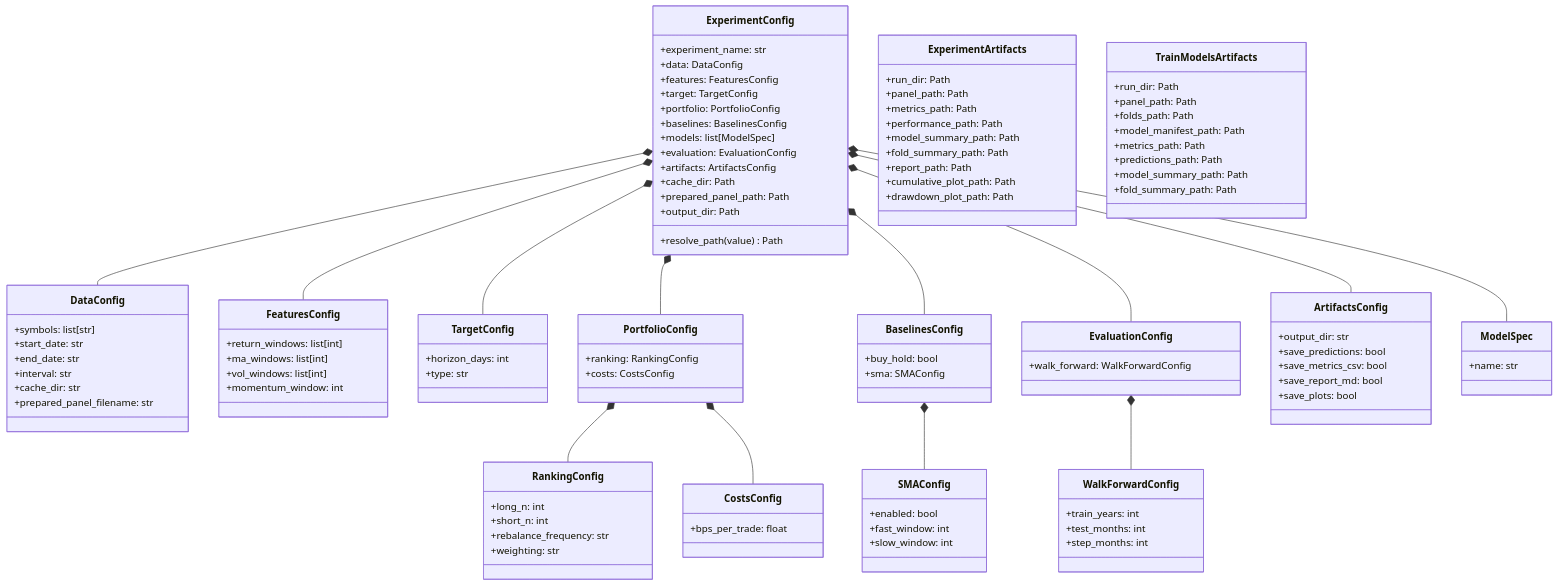
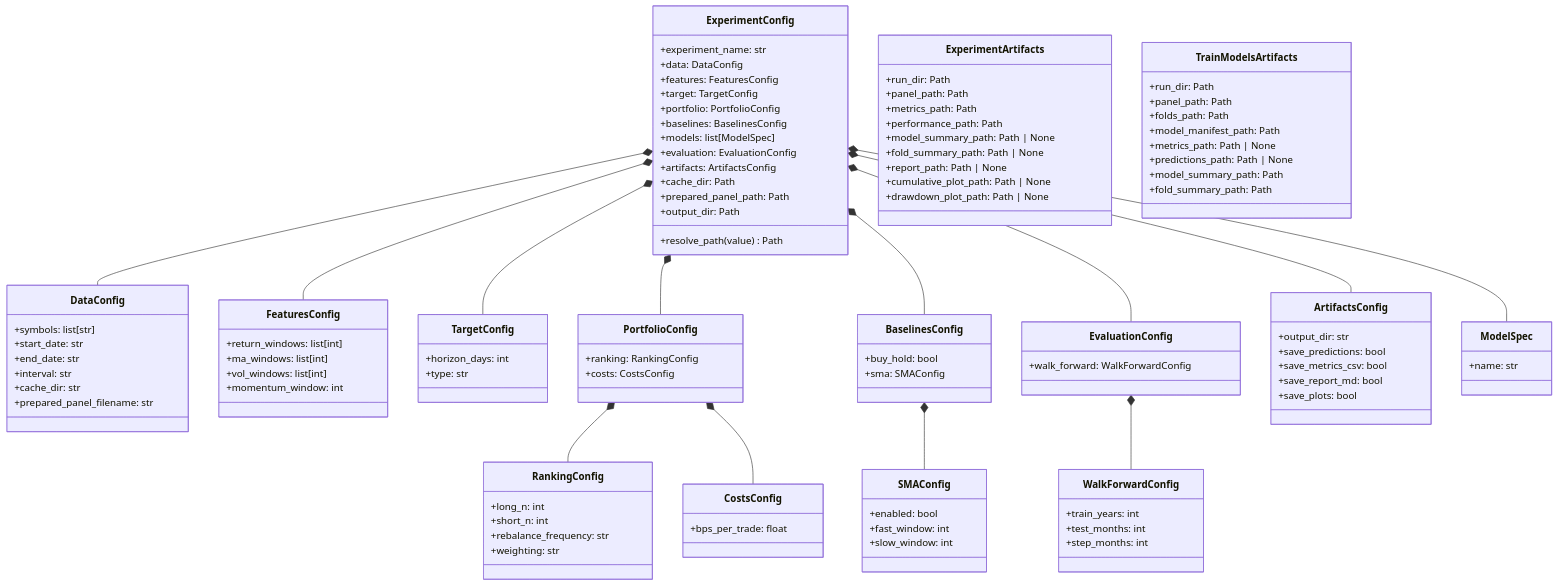
Before and after one commit to ricardogr07/market-lab: the fifth of 5 diagrams in ARCHITECTURE.md, drawn with Mermaid. The commit also changed other lines of this file, not shown here.

Commit message:
docs: sync architecture with phase 2 validation flow

```diff
--- a/ARCHITECTURE.md
+++ b/ARCHITECTURE.md
@@ -271,11 +289,11 @@
       +panel_path: Path
       +metrics_path: Path
       +performance_path: Path
-      +model_summary_path: Path
-      +fold_summary_path: Path
-      +report_path: Path
-      +cumulative_plot_path: Path
-      +drawdown_plot_path: Path
+      +model_summary_path: Path | None
+      +fold_summary_path: Path | None
+      +report_path: Path | None
+      +cumulative_plot_path: Path | None
+      +drawdown_plot_path: Path | None
     }
 
     class TrainModelsArtifacts {
@@ -283,8 +301,8 @@
       +panel_path: Path
       +folds_path: Path
       +model_manifest_path: Path
-      +metrics_path: Path
-      +predictions_path: Path
+      +metrics_path: Path | None
+      +predictions_path: Path | None
       +model_summary_path: Path
       +fold_summary_path: Path
     }
```
